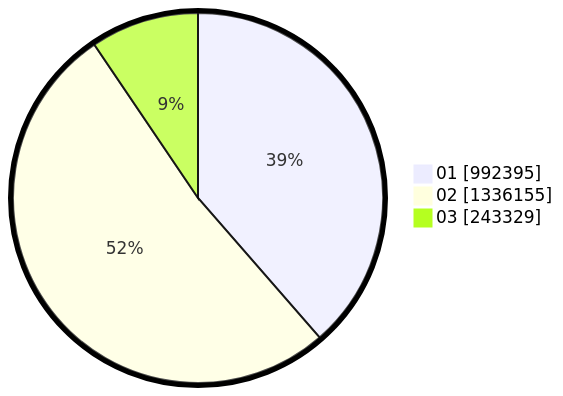
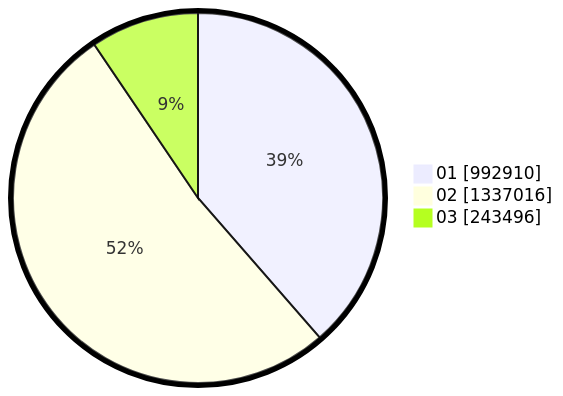
The second of 2 diagrams in pilpres/hitung-suara/sub/table-wilayah-14.md (gigit-pemilu/pemilu-2024), drawn with Mermaid before and after one commit. The commit also changed other lines of this file and 12 other files, not shown here.

````diff
--- a/pilpres/hitung-suara/sub/table-wilayah-14.md
+++ b/pilpres/hitung-suara/sub/table-wilayah-14.md
@@ -15,7 +15,7 @@
 ```mermaid
 %%{init: {"pie": {"textPosition": 0.5}, "themeVariables": {"pieOuterStrokeWidth": "5px"}} }%%
 pie showData
-    "01" : 992395
-    "02" : 1336155
-    "03" : 243329
+    "01" : 992910
+    "02" : 1337016
+    "03" : 243496
 ```
````
